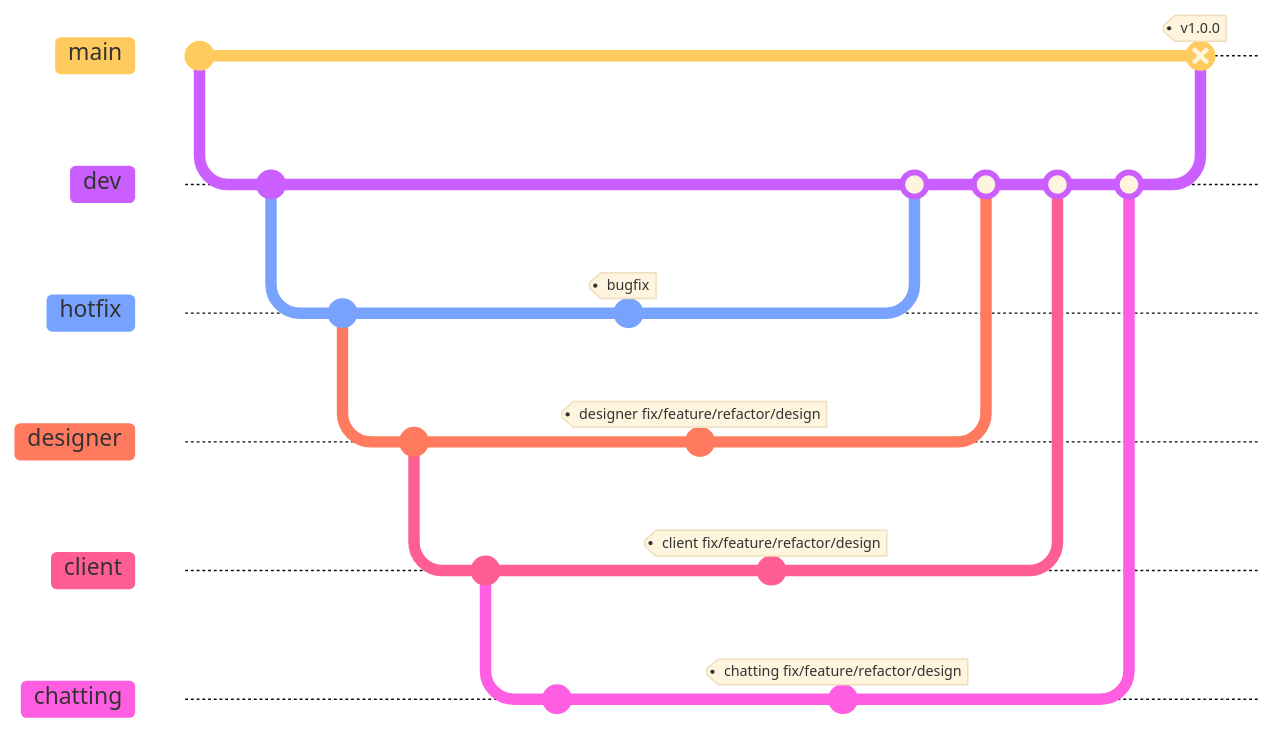
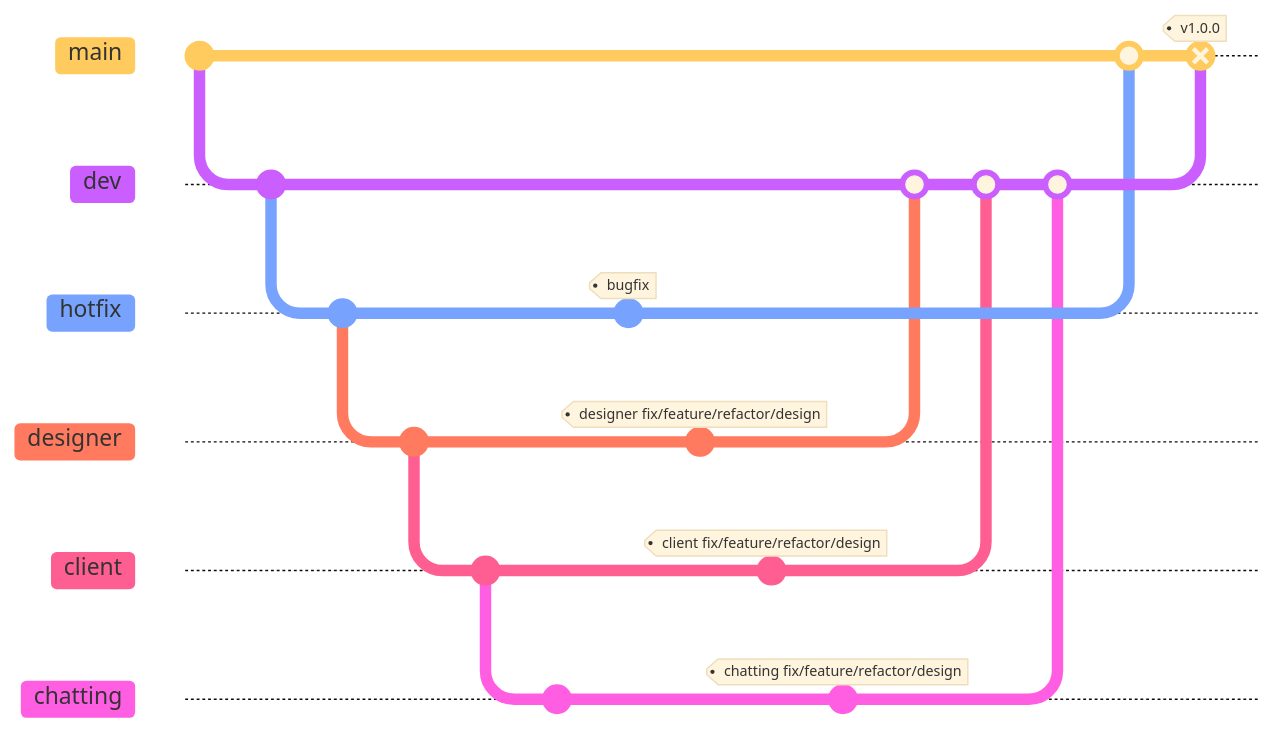
The diagram in README.md (APP-iOS2/final-yedi), drawn with Mermaid before and after one commit. Commit ids are hidden.

Commit message:
Update README.md
mermaid 코드 리팩토링

````diff
--- a/README.md
+++ b/README.md
@@ -4,31 +4,30 @@
 ```mermaid
-%%{init: { 'logLevel': 'debug', 'theme': 'base' } }%%
-    
+%%{init: { 'logLevel': 'debug', 'theme': 'base' } }%%    
 gitGraph
-    commit
-    branch dev
-  commit
-    branch hotfix
-    commit
-    branch designer
-    commit
-    branch client
-   commit
- branch chatting
-   commit
- checkout hotfix
- commit tag:"bugfix"
+commit
+branch dev
+commit
+branch hotfix
+commit
+branch designer
+commit
+branch client
+commit
+branch chatting
+commit
+checkout hotfix
+commit tag:"bugfix"
 checkout designer
 commit tag:"designer fix/feature/refactor/design"
 checkout client
-  commit tag:"client fix/feature/refactor/design"
-  checkout chatting
-    commit tag:"chatting fix/feature/refactor/design"
+commit tag:"client fix/feature/refactor/design"
+checkout chatting
+commit tag:"chatting fix/feature/refactor/design"
 checkout dev
-merge hotfix
 merge designer
 merge client
 merge chatting
 checkout main
+merge hotfix
 merge dev type: REVERSE tag: "v1.0.0"
 ```
````
